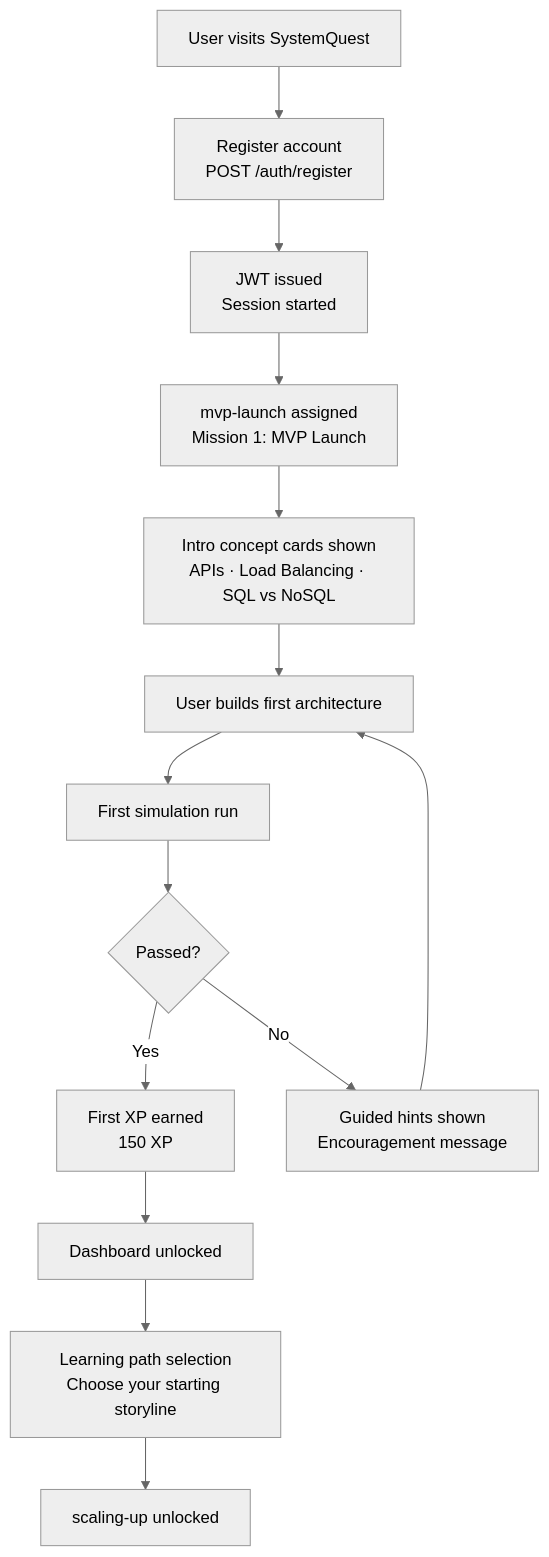
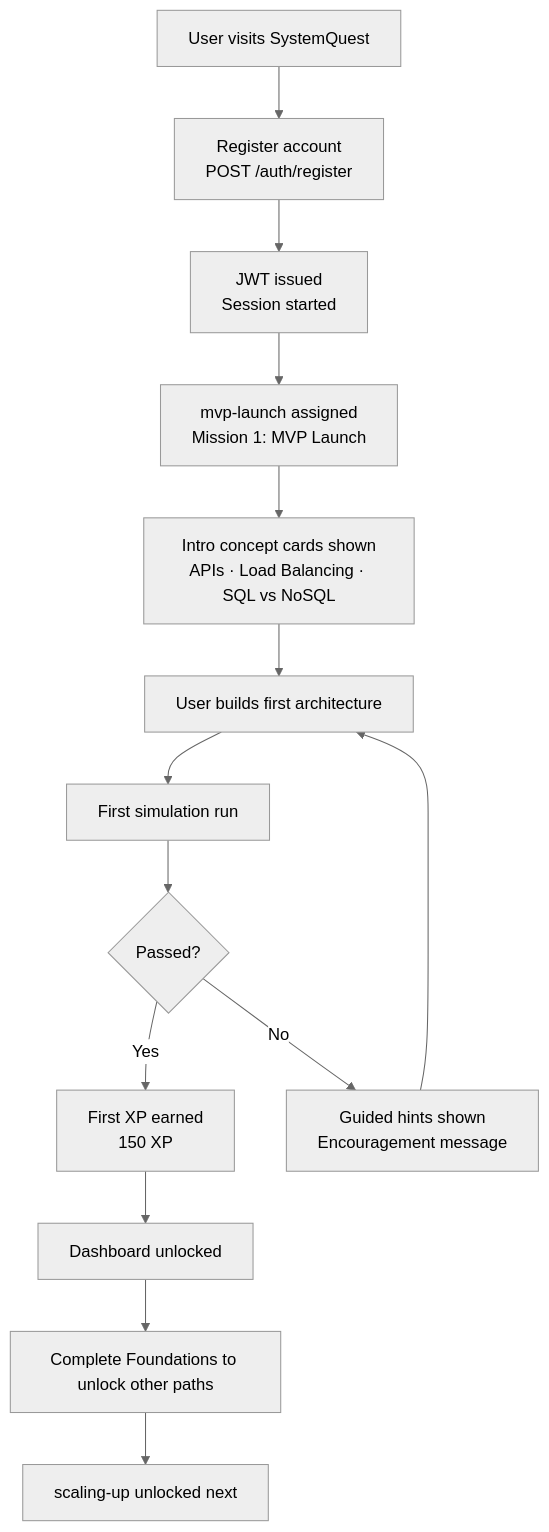
Before and after one commit to nevilshah235/systemquest: the seventh of 7 diagrams in README.md, drawn with Mermaid (neutral theme). The commit also changed other lines of this file, not shown here.

Commit message:
docs: correct mission table to 23 built (Sprint 1 complete) sourced from main seed.ts

````diff
--- a/README.md
+++ b/README.md
@@ -409,16 +417,16 @@
 ```mermaid
 flowchart TD
     A[User visits SystemQuest] --> B[Register account\nPOST /auth/register]
     B --> C[JWT issued\nSession started]
     C --> D[mvp-launch assigned\nMission 1: MVP Launch]
     D --> E[Intro concept cards shown\nAPIs · Load Balancing · SQL vs NoSQL]
     E --> F[User builds first architecture]
     F --> G[First simulation run]
     G --> H{Passed?}
     H -- Yes --> I[First XP earned\n150 XP]
     H -- No --> J[Guided hints shown\nEncouragement message]
     J --> F
     I --> K[Dashboard unlocked]
-    K --> L[Learning path selection\nChoose your starting storyline]
-    L --> M[scaling-up unlocked]
+    K --> L[Complete Foundations to unlock other paths]
+    L --> M[scaling-up unlocked next]
 ```
````
